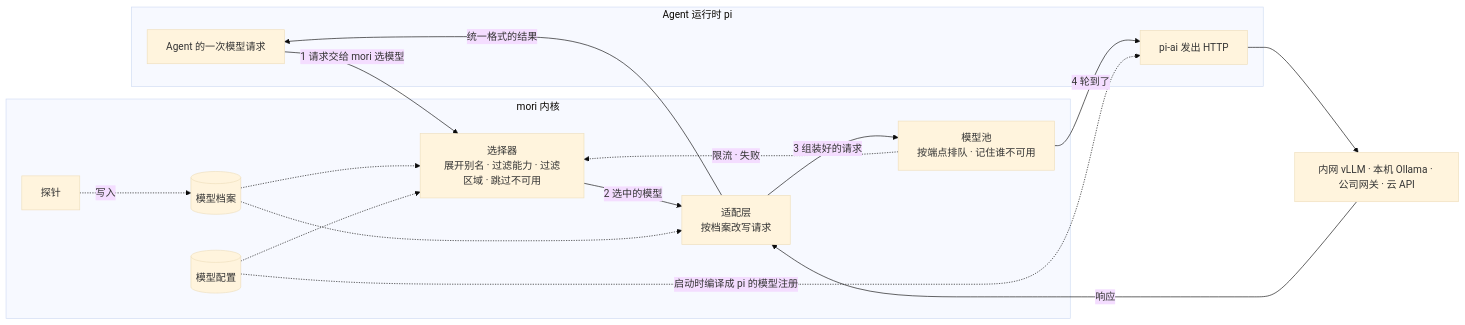
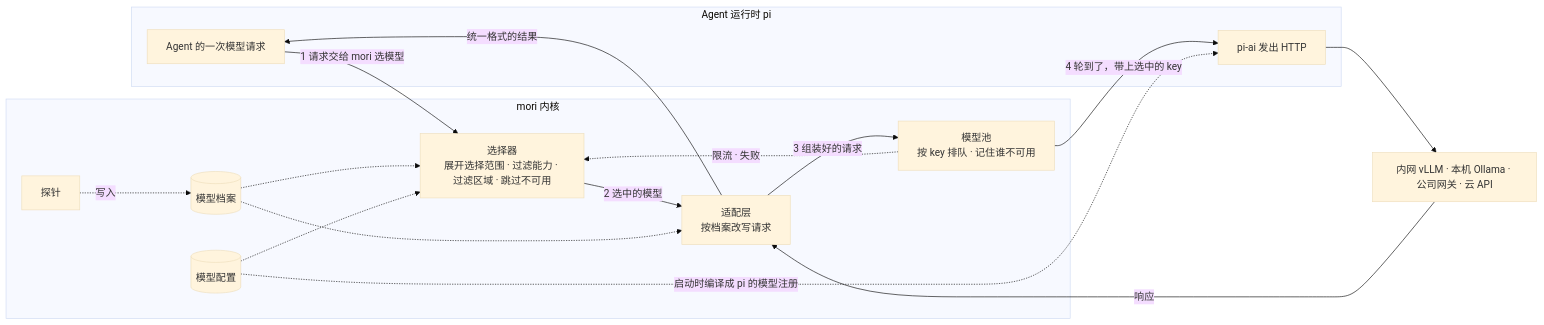
Before and after one commit to HoldThatThgt/mori: the first of 5 diagrams in docs/proposals/model-providers.md, drawn with Mermaid (base theme). The commit also changed other lines of this file and 163 other files, not shown here.

````diff
--- a/docs/proposals/model-providers.md
+++ b/docs/proposals/model-providers.md
@@ -22,28 +25,28 @@
 ```mermaid
 flowchart LR
     subgraph PI[Agent 运行时 pi]
         AG[Agent 的一次模型请求]
         HTTP[pi-ai 发出 HTTP]
     end
     subgraph MORI[mori 内核]
-        SEL[选择器<br/>展开别名 · 过滤能力 · 过滤区域 · 跳过不可用]
+        SEL[选择器<br/>展开选择范围 · 过滤能力 · 过滤区域 · 跳过不可用]
         AD[适配层<br/>按档案改写请求]
-        POOL[模型池<br/>按端点排队 · 记住谁不可用]
+        POOL[模型池<br/>按 key 排队 · 记住谁不可用]
         PROF[(模型档案)]
         CFG[(模型配置)]
         PRB[探针]
     end
     AG -->|1 请求交给 mori 选模型| SEL
     SEL -->|2 选中的模型| AD
     AD -->|3 组装好的请求| POOL
-    POOL -->|4 轮到了| HTTP
+    POOL -->|4 轮到了，带上选中的 key| HTTP
     HTTP --> PV[内网 vLLM · 本机 Ollama · 公司网关 · 云 API]
     PV -->|响应| AD
     AD -->|统一格式的结果| AG
     POOL -.限流 · 失败.-> SEL
     PRB -.写入.-> PROF
     PROF -.-> SEL
     PROF -.-> AD
     CFG -.-> SEL
     CFG -.启动时编译成 pi 的模型注册.-> HTTP
 ```
````
